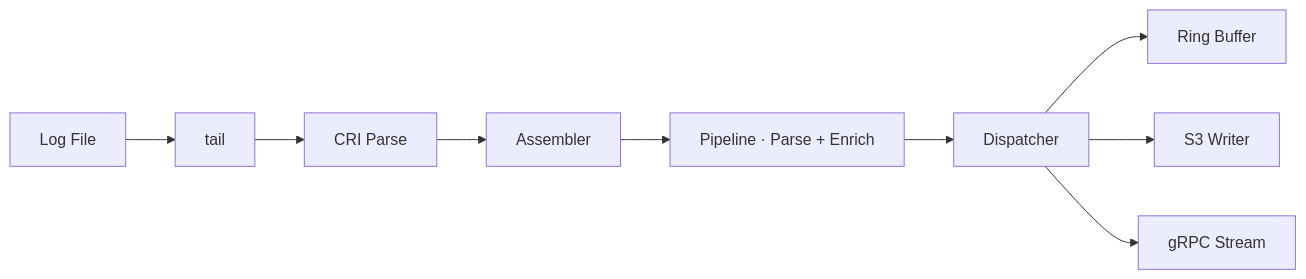
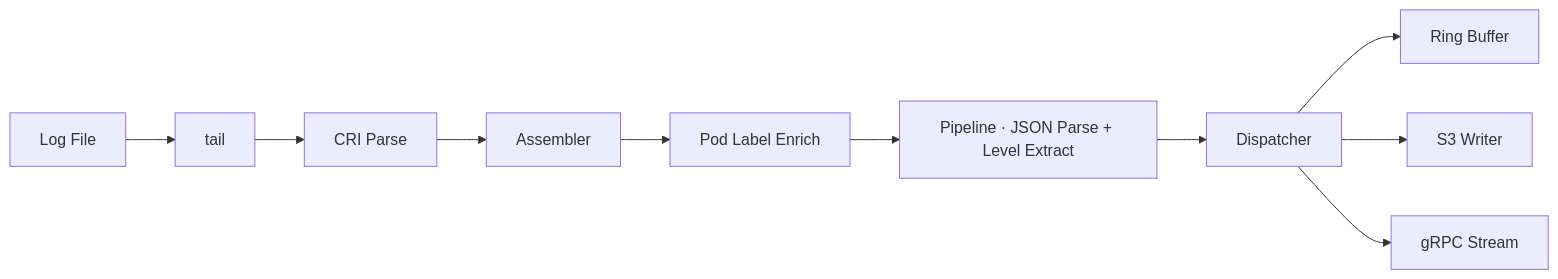
The second of 3 diagrams in docs/architecture.md (interpt-co/flume), drawn with Mermaid before and after one commit. The commit also changed other lines of this file and 5 other files, not shown here.

````diff
--- a/docs/architecture.md
+++ b/docs/architecture.md
@@ -81,7 +81,7 @@
 ```mermaid
 graph LR
-    A[Log File] --> B[tail] --> C[CRI Parse] --> D[Assembler] --> E[Pipeline · Parse + Enrich] --> F[Dispatcher]
-    F --> G[Ring Buffer]
-    F --> H[S3 Writer]
-    F --> I[gRPC Stream]
+    A[Log File] --> B[tail] --> C[CRI Parse] --> D[Assembler] --> E[Pod Label Enrich] --> F[Pipeline · JSON Parse + Level Extract] --> G[Dispatcher]
+    G --> H[Ring Buffer]
+    G --> I[S3 Writer]
+    G --> J[gRPC Stream]
 ```
````
